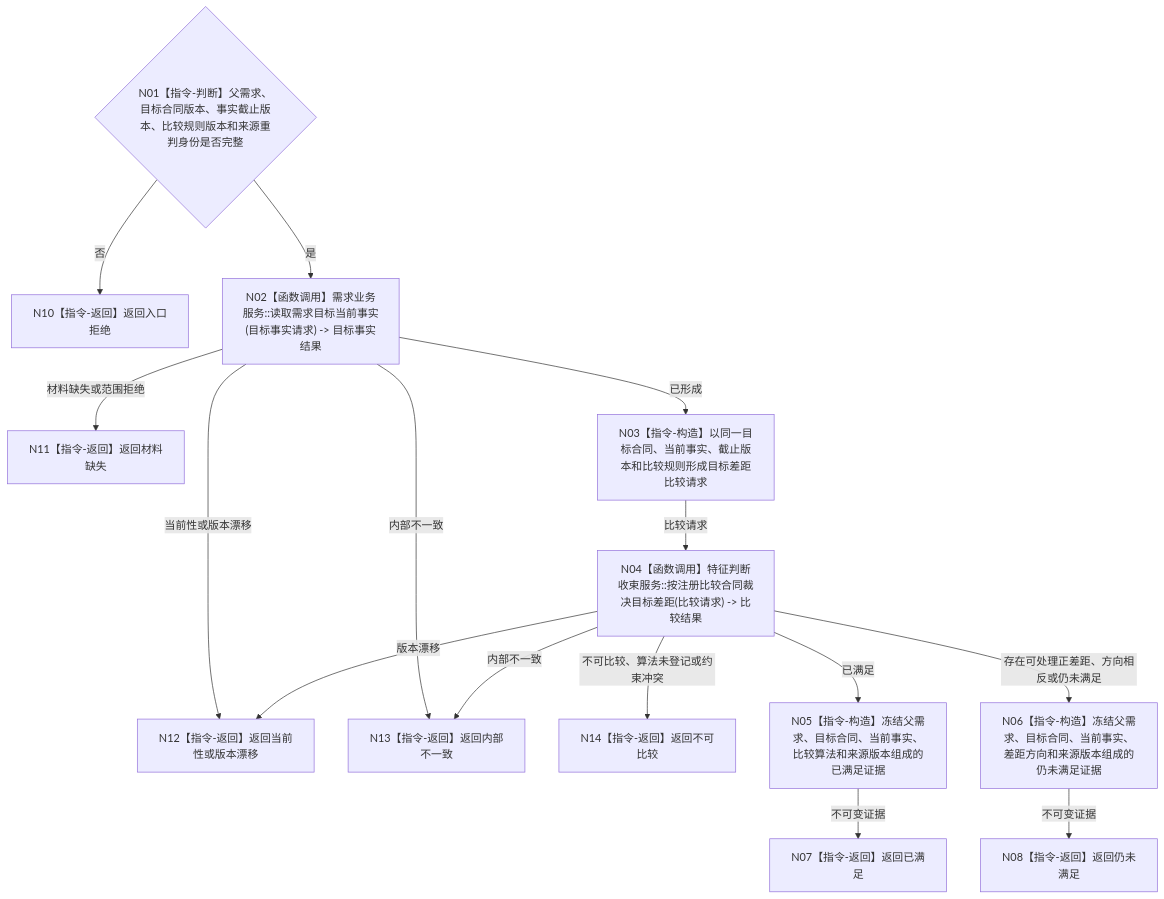
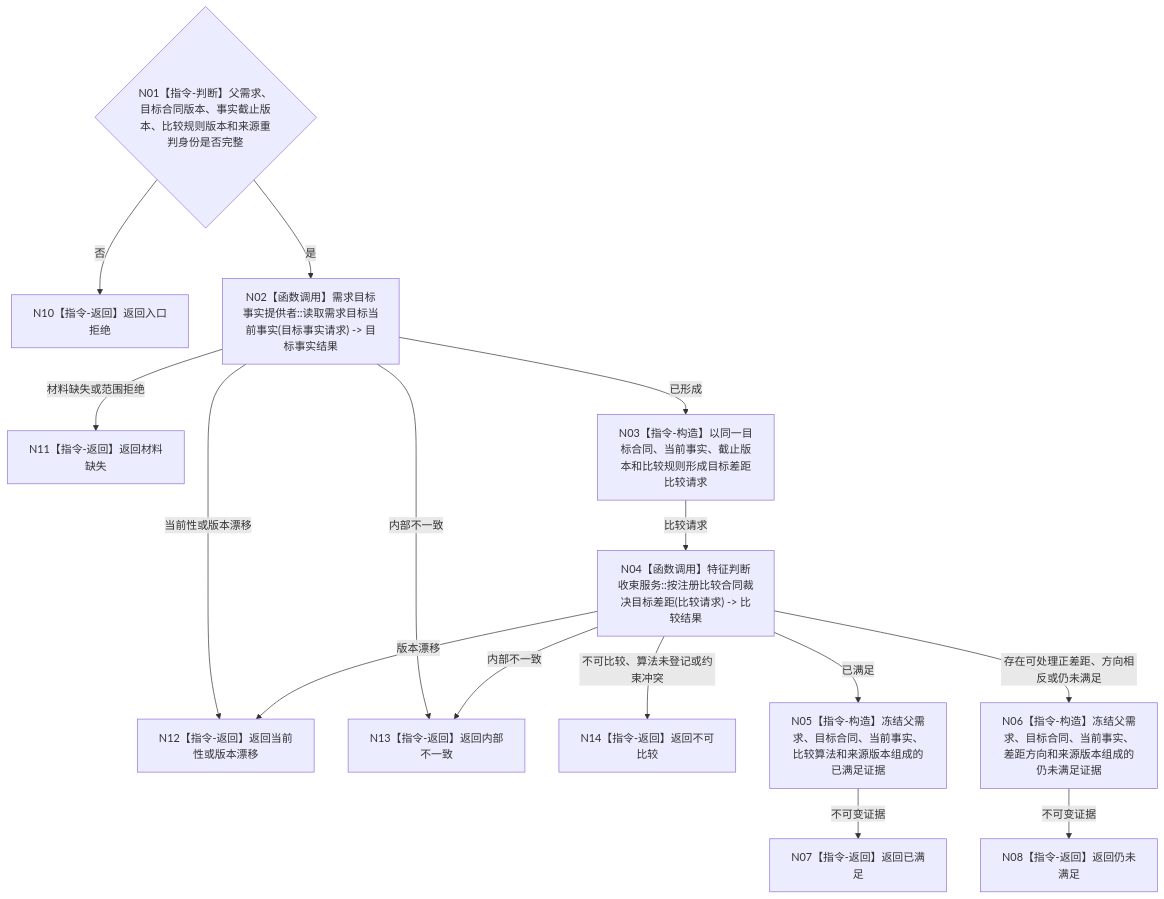
Before and after one commit to chunhaizh-cyber/HY-Ego: the diagram in 流程图/目标业务流程图/L3/BIZ-L3-002-06-04_重新比较父需求目标当前事实_目标函数流程图_v0.1.md, drawn with Mermaid. The commit also changed other lines of this file and 10 other files, not shown here.

````diff
--- a/流程图/目标业务流程图/L3/BIZ-L3-002-06-04_重新比较父需求目标当前事实_目标函数流程图_v0.1.md
+++ b/流程图/目标业务流程图/L3/BIZ-L3-002-06-04_重新比较父需求目标当前事实_目标函数流程图_v0.1.md
@@ -30,17 +30,17 @@
 ```mermaid
 flowchart TD
     N01{"N01【指令-判断】父需求、目标合同版本、事实截止版本、比较规则版本和来源重判身份是否完整"} -->|否| N10["N10【指令-返回】返回入口拒绝"]
-    N01 -->|是| N02["N02【函数调用】需求业务服务::读取需求目标当前事实(目标事实请求) -> 目标事实结果"]
+    N01 -->|是| N02["N02【函数调用】需求目标事实提供者::读取需求目标当前事实(目标事实请求) -> 目标事实结果"]
     N02 -->|材料缺失或范围拒绝| N11["N11【指令-返回】返回材料缺失"]
     N02 -->|当前性或版本漂移| N12["N12【指令-返回】返回当前性或版本漂移"]
     N02 -->|内部不一致| N13["N13【指令-返回】返回内部不一致"]
     N02 -->|已形成| N03["N03【指令-构造】以同一目标合同、当前事实、截止版本和比较规则形成目标差距比较请求"]
     N03 -->|比较请求| N04["N04【函数调用】特征判断收束服务::按注册比较合同裁决目标差距(比较请求) -> 比较结果"]
     N04 -->|不可比较、算法未登记或约束冲突| N14["N14【指令-返回】返回不可比较"]
     N04 -->|版本漂移| N12
     N04 -->|内部不一致| N13
     N04 -->|已满足| N05["N05【指令-构造】冻结父需求、目标合同、当前事实、比较算法和来源版本组成的已满足证据"]
     N04 -->|存在可处理正差距、方向相反或仍未满足| N06["N06【指令-构造】冻结父需求、目标合同、当前事实、差距方向和来源版本组成的仍未满足证据"]
     N05 -->|不可变证据| N07["N07【指令-返回】返回已满足"]
     N06 -->|不可变证据| N08["N08【指令-返回】返回仍未满足"]
 ```
````
